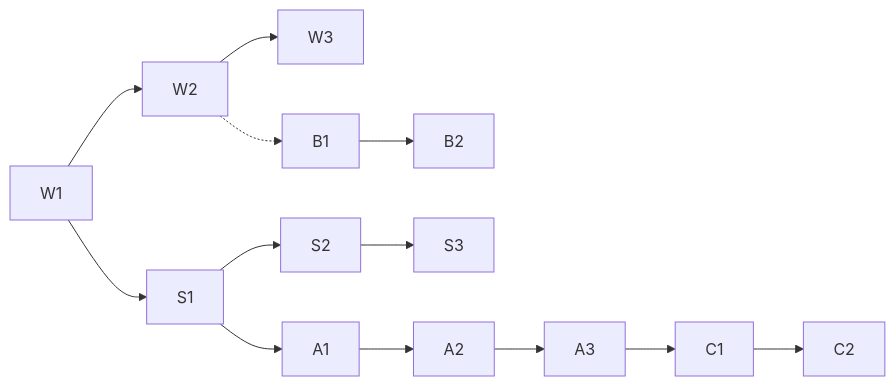
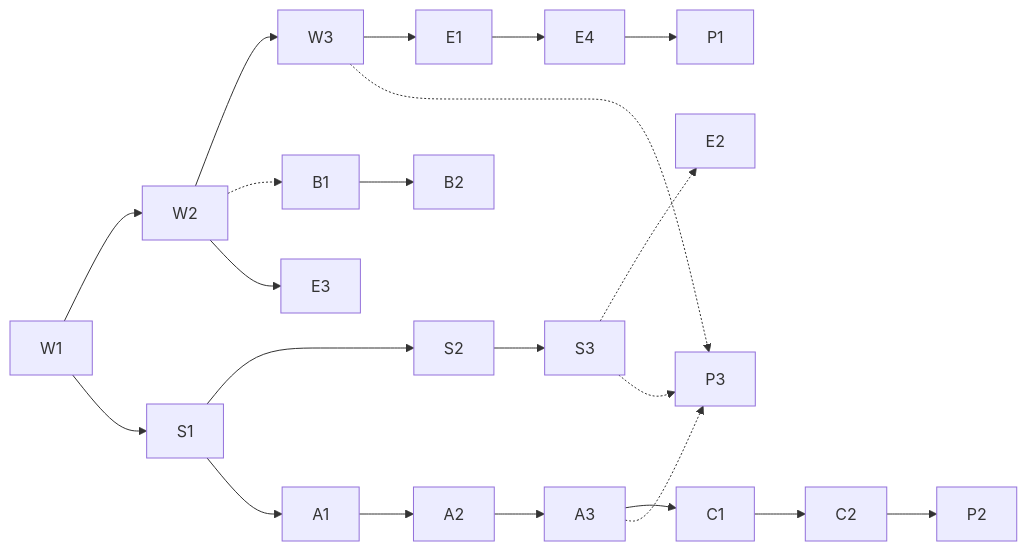
The third of 3 diagrams in docs/course.md (kbsonlong/esp-labs-lichuang), drawn with Mermaid before and after one commit. The commit also changed other lines of this file and 1 other file, not shown here.

````diff
--- a/docs/course.md
+++ b/docs/course.md
@@ -318,8 +351,16 @@
 ```mermaid
 flowchart LR
   W1 --> W2 --> W3
   W1 --> S1 --> S2 --> S3
   S1 --> A1 --> A2 --> A3
   A3 --> C1 --> C2
   W2 -.-> B1 --> B2
+  W3 --> E1 --> E4
+  W2 --> E3
+  S3 -.-> E2
+  E4 --> P1
+  C2 --> P2
+  A3 -.-> P3
+  S3 -.-> P3
+  W3 -.-> P3
 ```
````
